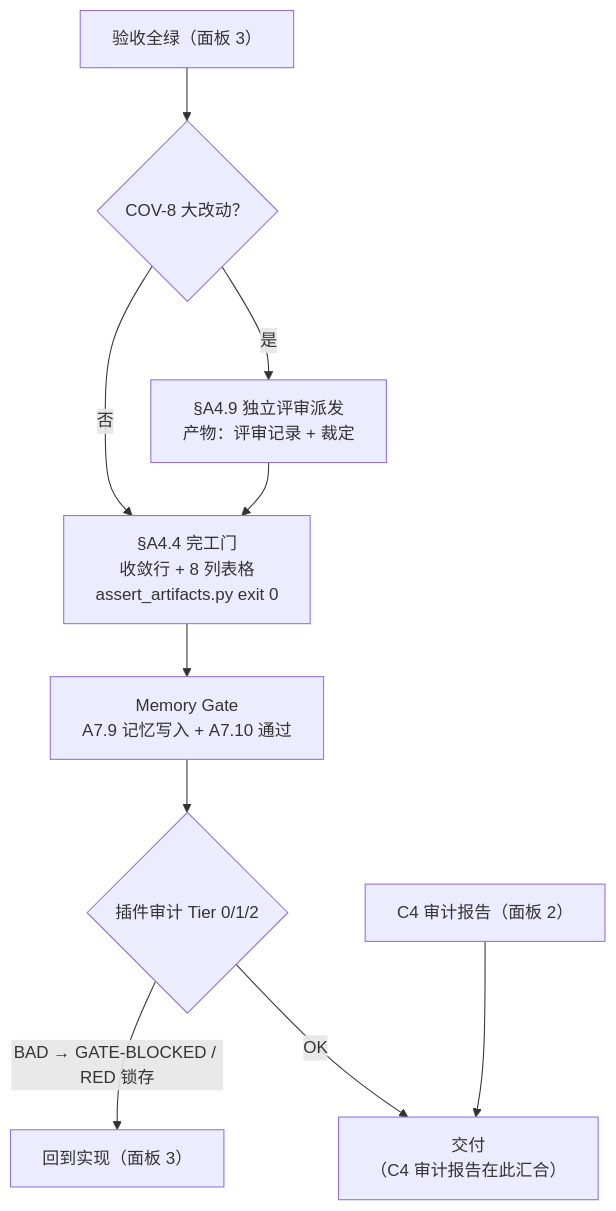
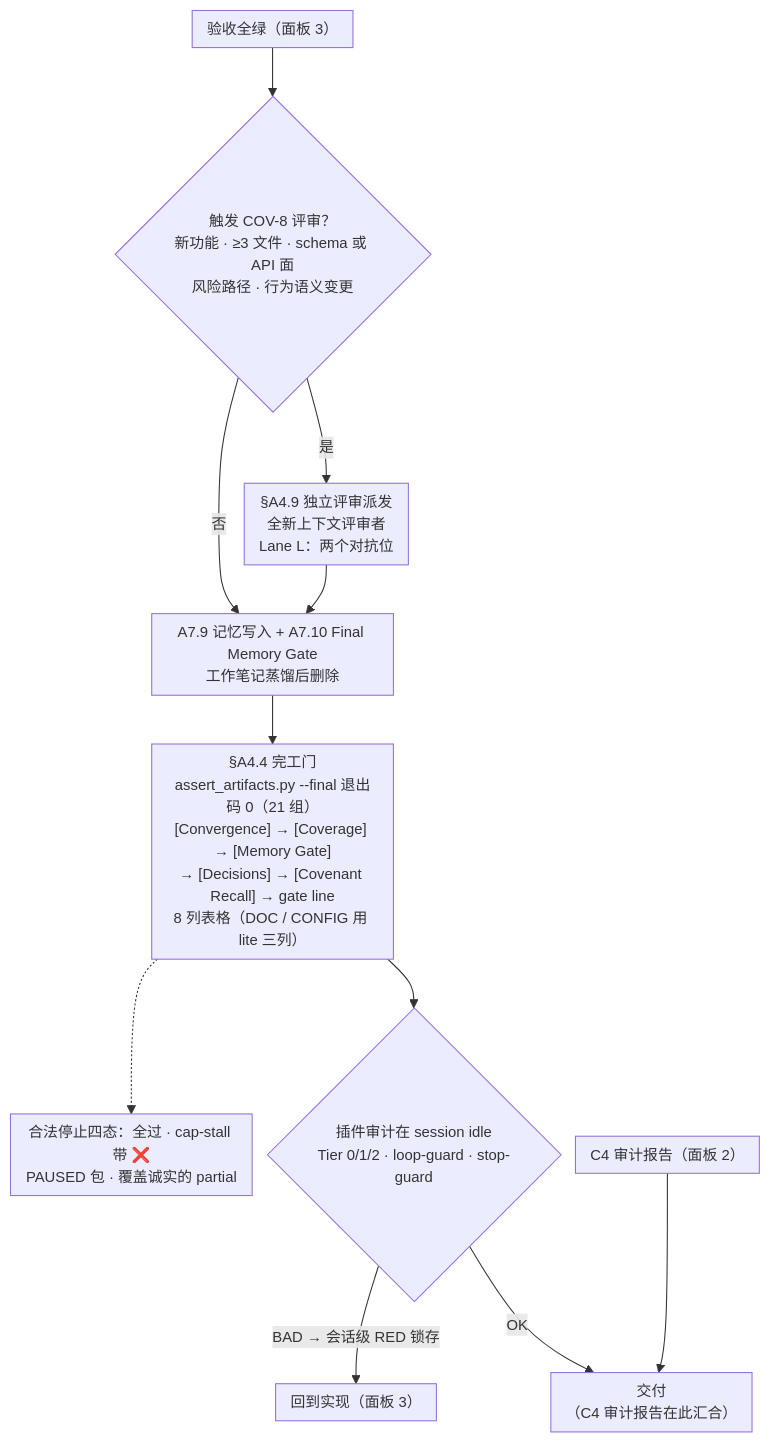
The diagram in docs/assets/workflow-4-zh.mmd (logandoo/vibeweaver), drawn with Mermaid before and after one commit. The commit also changed 17 other files, not shown here.

First line of the commit message:
docs(readme): align workflow graphs with the payload, plain out the prose

```diff
--- a/docs/assets/workflow-4-zh.mmd
+++ b/docs/assets/workflow-4-zh.mmd
@@ -1,10 +1,12 @@
+%%{init: {"flowchart": {"nodeSpacing": 14, "rankSpacing": 46, "padding": 7}, "themeVariables": {"fontSize": "14px"}}}%%
 flowchart TD
-    J["验收全绿（面板 3）"] --> K{"COV-8 大改动？"}
-    K -->|"是"| L["§A4.9 独立评审派发<br/>产物：评审记录 + 裁定"]
-    K -->|"否"| M["§A4.4 完工门<br/>收敛行 + 8 列表格<br/>assert_artifacts.py exit 0"]
-    L --> M
-    M --> N["Memory Gate<br/>A7.9 记忆写入 + A7.10 通过"]
-    N --> P{"插件审计 Tier 0/1/2"}
-    P -->|"BAD → GATE-BLOCKED / RED 锁存"| E["回到实现（面板 3）"]
+    J["验收全绿（面板 3）"] --> K{"触发 COV-8 评审？<br/>新功能 · ≥3 文件 · schema 或 API 面<br/>风险路径 · 行为语义变更"}
+    K -->|"是"| L["§A4.9 独立评审派发<br/>全新上下文评审者<br/>Lane L：两个对抗位"]
+    K -->|"否"| N["A7.9 记忆写入 + A7.10 Final Memory Gate<br/>工作笔记蒸馏后删除"]
+    L --> N
+    N --> M["§A4.4 完工门<br/>assert_artifacts.py --final 退出码 0（21 组）<br/>[Convergence] → [Coverage] → [Memory Gate]<br/>→ [Decisions] → [Covenant Recall] → gate line<br/>8 列表格（DOC / CONFIG 用 lite 三列）"]
+    M -.-> S["合法停止四态：全过 · cap-stall 带 ❌<br/>PAUSED 包 · 覆盖诚实的 partial"]
+    M --> P{"插件审计在 session idle<br/>Tier 0/1/2 · loop-guard · stop-guard"}
+    P -->|"BAD → 会话级 RED 锁存"| E["回到实现（面板 3）"]
     P -->|"OK"| O["交付<br/>（C4 审计报告在此汇合）"]
     T4["C4 审计报告（面板 2）"] --> O
```
